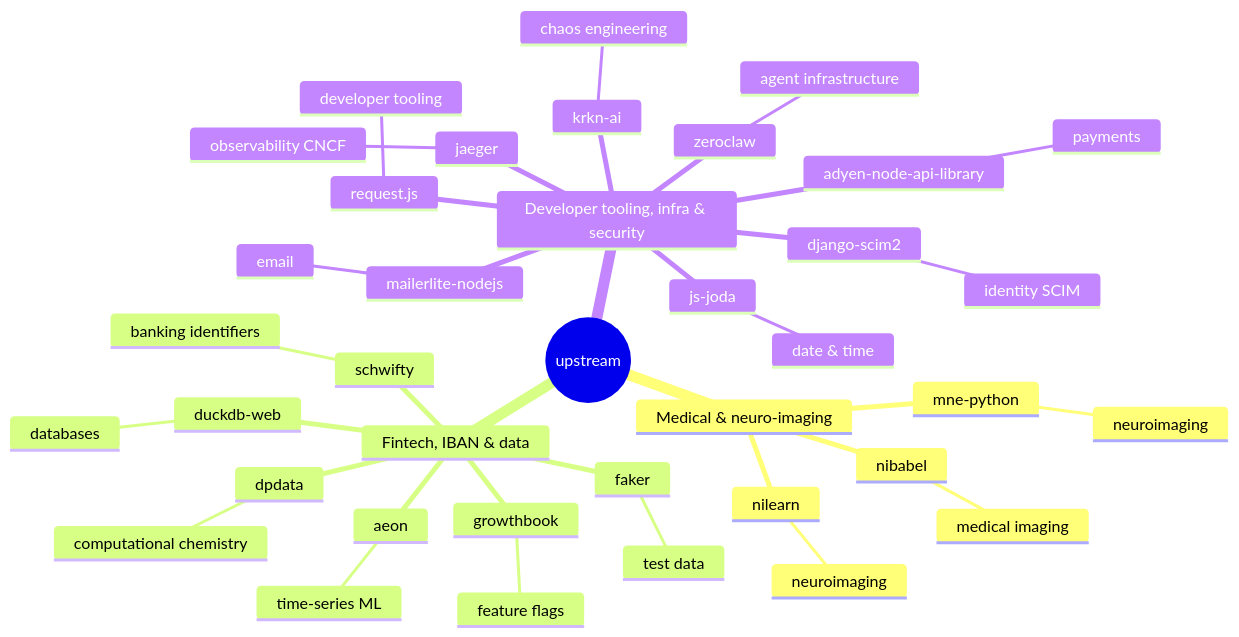
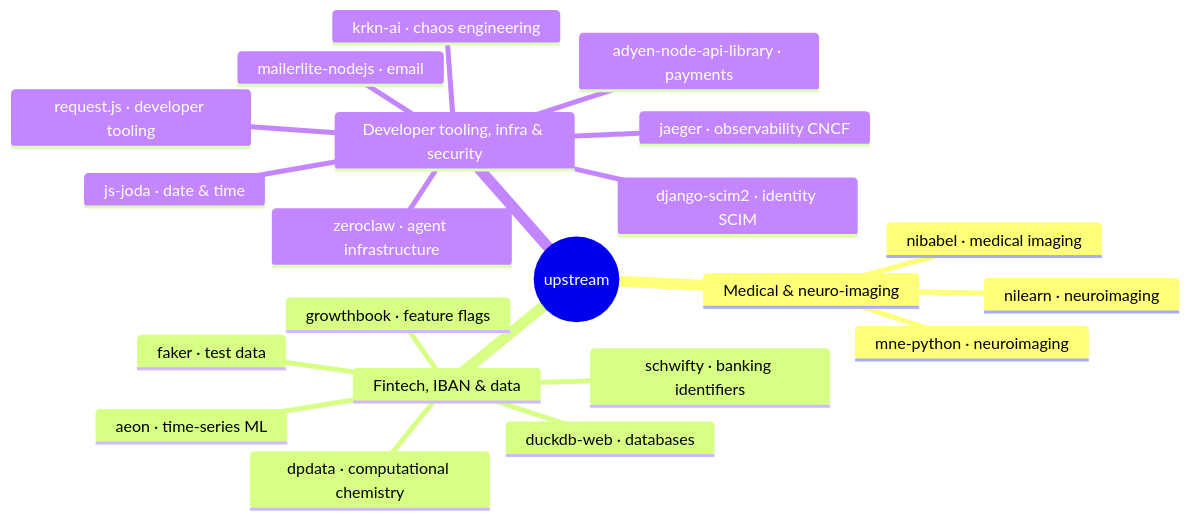
Before and after one commit to CedricConday/CedricConday: the diagram in README.md, drawn with Mermaid. The commit also changed 1 other file, not shown here.

Commit message:
Domain map: one node per project, domain inline

````diff
--- a/README.md
+++ b/README.md
@@ -29,41 +29,24 @@
 ```mermaid
 mindmap
   root((upstream))
     Medical & neuro-imaging
-      mne-python
-        neuroimaging
-      nibabel
-        medical imaging
-      nilearn
-        neuroimaging
+      mne-python · neuroimaging
+      nibabel · medical imaging
+      nilearn · neuroimaging
     Fintech, IBAN & data
-      faker
-        test data
-      schwifty
-        banking identifiers
-      aeon
-        time-series ML
-      dpdata
-        computational chemistry
-      growthbook
-        feature flags
-      duckdb-web
-        databases
+      faker · test data
+      schwifty · banking identifiers
+      aeon · time-series ML
+      dpdata · computational chemistry
+      growthbook · feature flags
+      duckdb-web · databases
     Developer tooling, infra & security
-      zeroclaw
-        agent infrastructure
-      jaeger
-        observability CNCF
-      request.js
-        developer tooling
-      js-joda
-        date & time
-      krkn-ai
-        chaos engineering
-      adyen-node-api-library
-        payments
-      django-scim2
-        identity SCIM
-      mailerlite-nodejs
-        email
+      zeroclaw · agent infrastructure
+      jaeger · observability CNCF
+      request.js · developer tooling
+      js-joda · date & time
+      krkn-ai · chaos engineering
+      adyen-node-api-library · payments
+      django-scim2 · identity SCIM
+      mailerlite-nodejs · email
 ```
````
